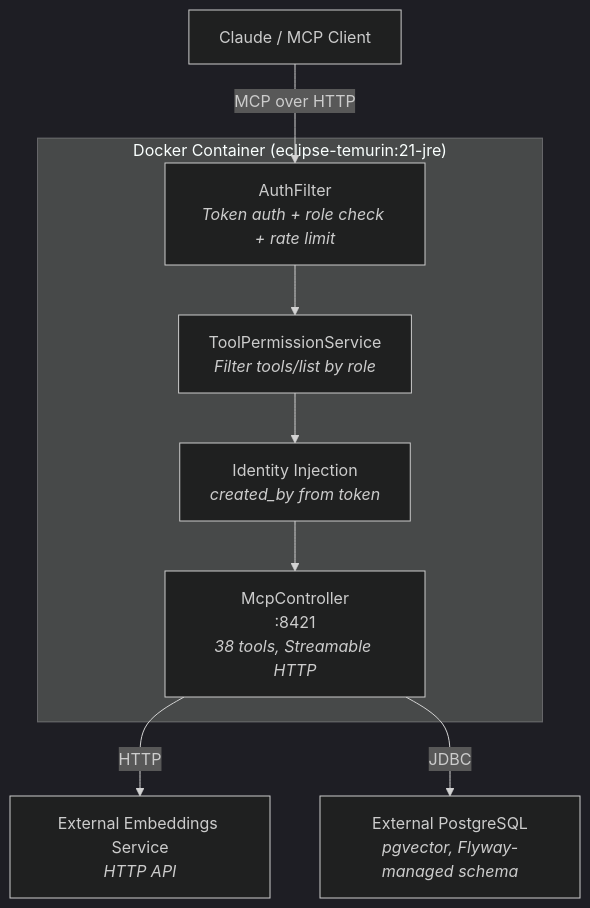
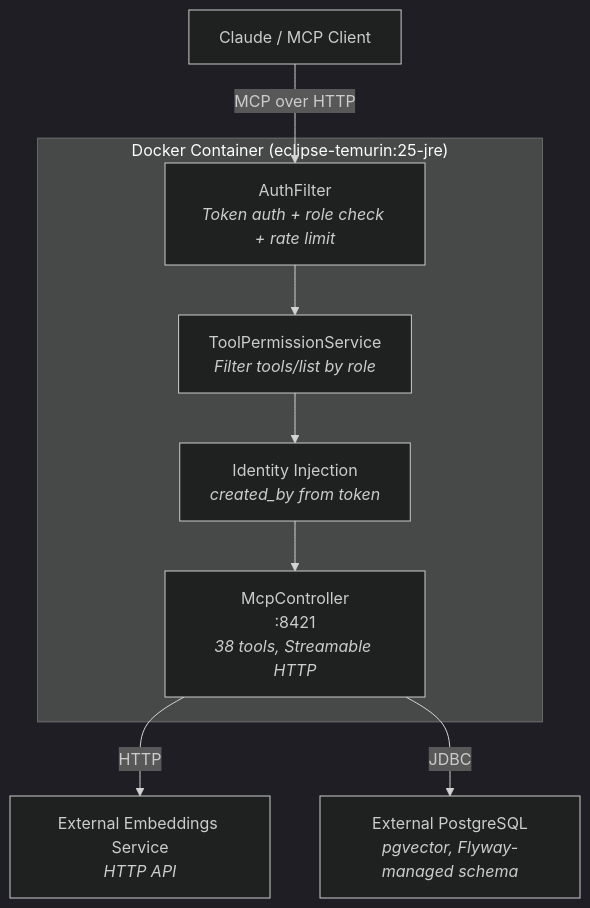
One commit to ufelmann/HiveMem changed the second of 3 diagrams in README.md. Above: the diagram before and after it, drawn with Mermaid (dark theme). The commit also changed other lines of this file, not shown here.

````diff
--- a/README.md
+++ b/README.md
@@ -345,21 +345,21 @@
 ```mermaid
 graph TB
     Client["Claude / MCP Client"]
 
-    subgraph Container["Docker Container (eclipse-temurin:21-jre)"]
+    subgraph Container["Docker Container (eclipse-temurin:25-jre)"]
         Auth["AuthFilter<br/><i>Token auth + role check + rate limit</i>"]
         ToolGate["ToolPermissionService<br/><i>Filter tools/list by role</i>"]
         Identity["Identity Injection<br/><i>created_by from token</i>"]
         MCP["McpController<br/>:8421<br/><i>38 tools, Streamable HTTP</i>"]
     end
 
     EmbSvc["External Embeddings Service<br/><i>HTTP API</i>"]
     PG["External PostgreSQL<br/><i>pgvector, Flyway-managed schema</i>"]
 
     Client -->|"MCP over HTTP"| Auth
     Auth --> ToolGate
     ToolGate --> Identity
     Identity --> MCP
     MCP -->|"HTTP"| EmbSvc
     MCP -->|"JDBC"| PG
 ```
````
